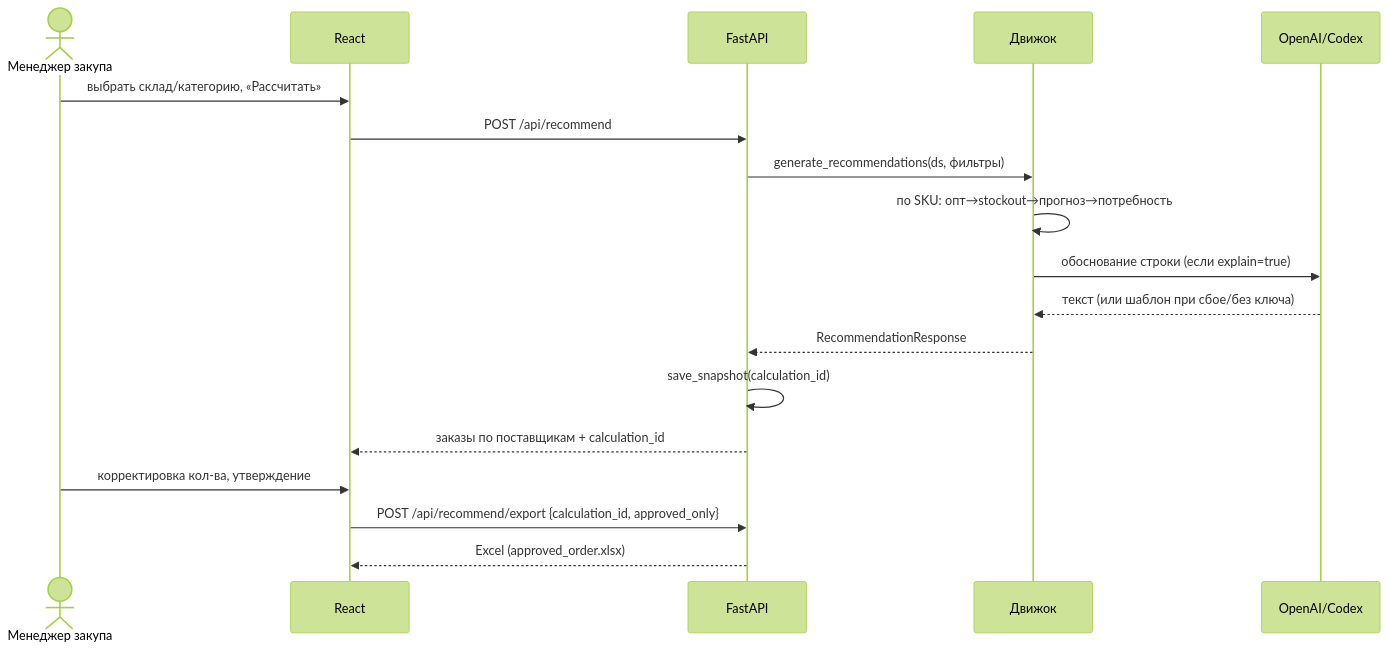
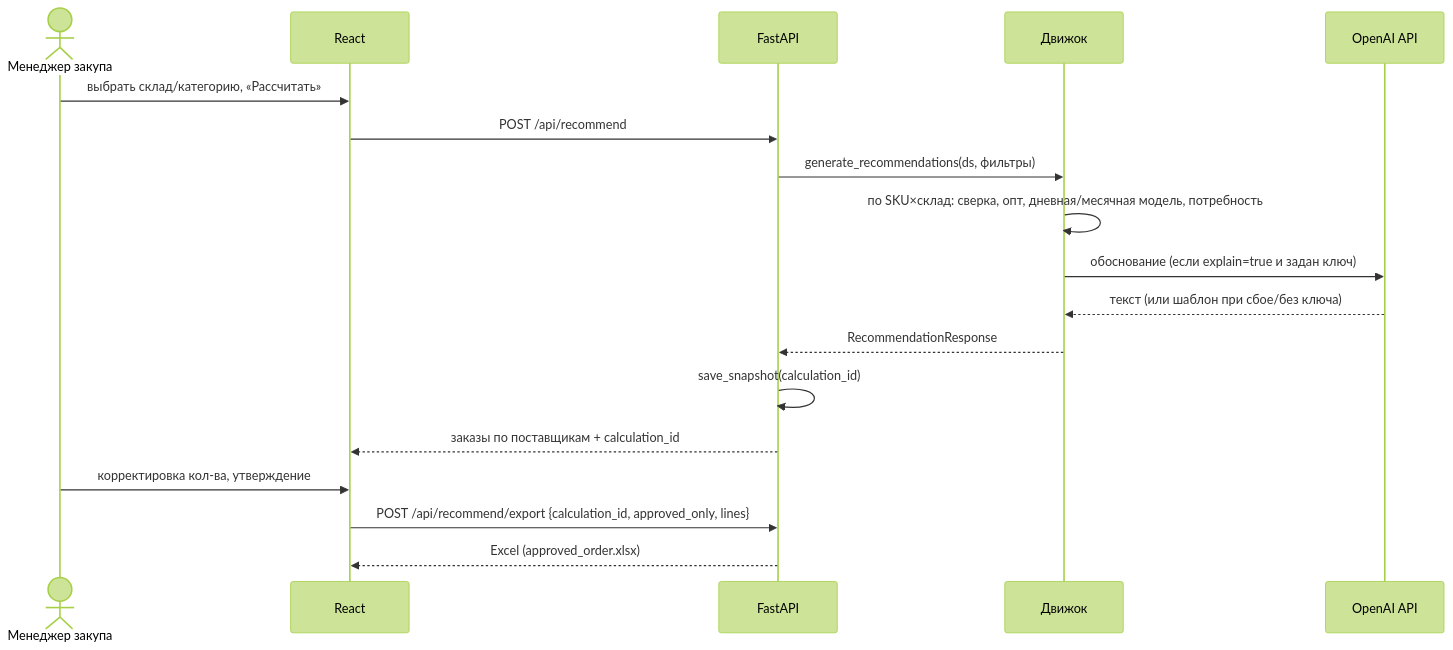
One commit to BAITC-Hacks/hack-a84ff6d0-hubtech changed the fourth of 5 diagrams in docs/АРХИТЕКТУРА.md. Above: the diagram before and after it, drawn with Mermaid (forest theme). The commit also changed other lines of this file and 32 other files, not shown here.

````diff
--- a/docs/АРХИТЕКТУРА.md
+++ b/docs/АРХИТЕКТУРА.md
@@ -169,20 +174,20 @@
 ```mermaid
 sequenceDiagram
     actor M as Менеджер закупа
     participant UI as React
     participant API as FastAPI
     participant ENG as Движок
-    participant LLM as OpenAI/Codex
+    participant LLM as OpenAI API
     M->>UI: выбрать склад/категорию, «Рассчитать»
     UI->>API: POST /api/recommend
     API->>ENG: generate_recommendations(ds, фильтры)
-    ENG->>ENG: по SKU: опт→stockout→прогноз→потребность
-    ENG->>LLM: обоснование строки (если explain=true)
+    ENG->>ENG: по SKU×склад: сверка, опт, дневная/месячная модель, потребность
+    ENG->>LLM: обоснование (если explain=true и задан ключ)
     LLM-->>ENG: текст (или шаблон при сбое/без ключа)
     ENG-->>API: RecommendationResponse
     API->>API: save_snapshot(calculation_id)
     API-->>UI: заказы по поставщикам + calculation_id
     M->>UI: корректировка кол-ва, утверждение
-    UI->>API: POST /api/recommend/export {calculation_id, approved_only}
+    UI->>API: POST /api/recommend/export {calculation_id, approved_only, lines}
     API-->>UI: Excel (approved_order.xlsx)
 ```
````
